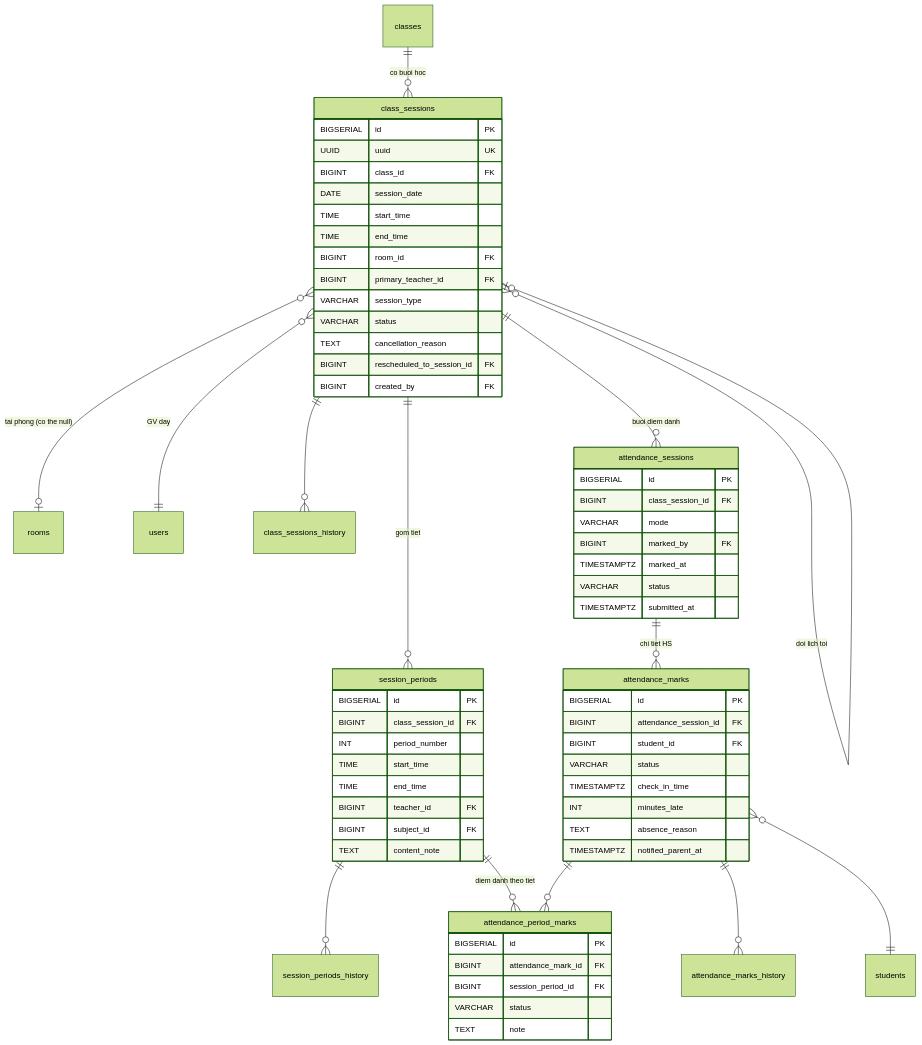
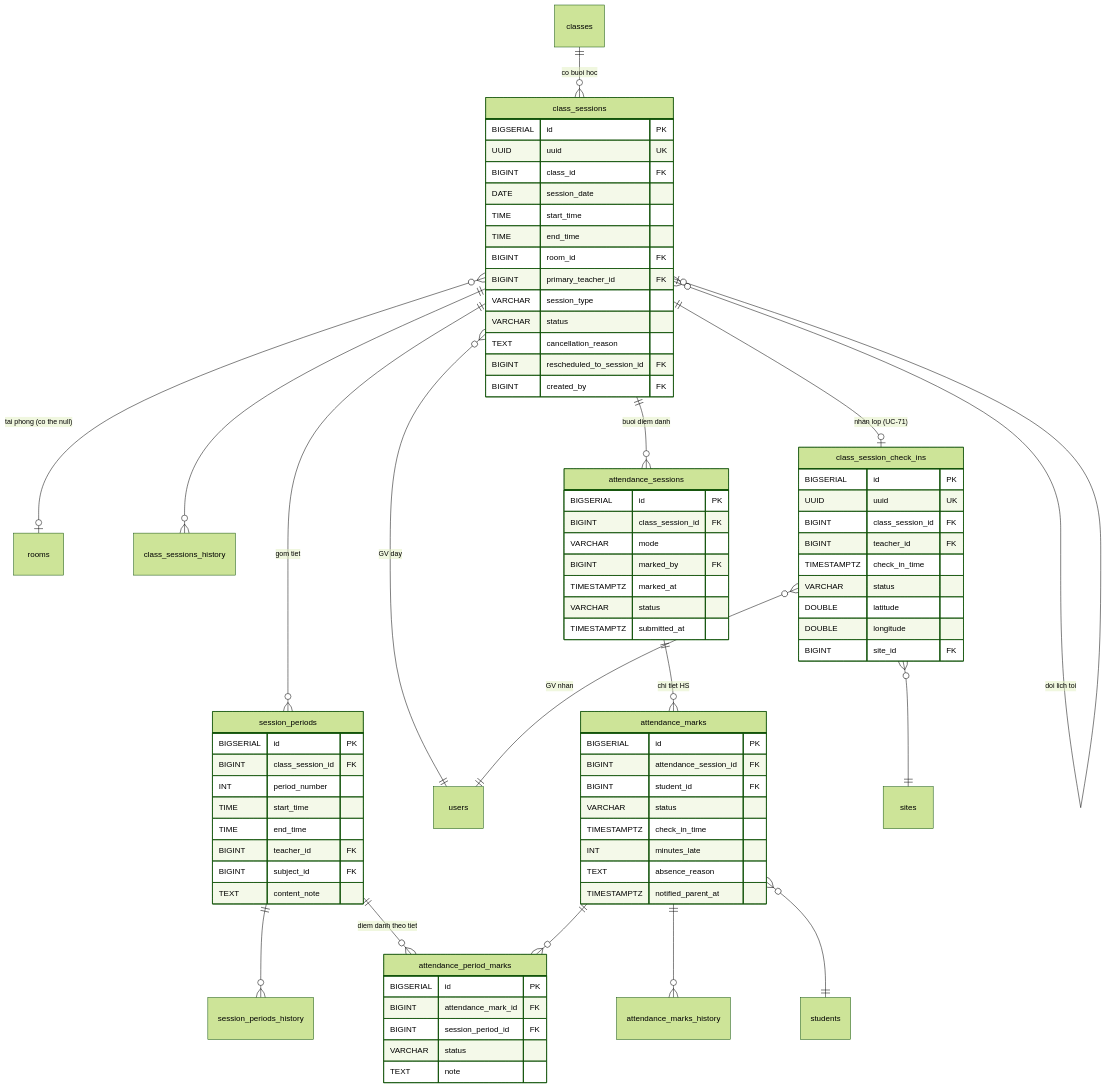
One commit to langtuananh2424/pps-education changed the diagram in docs/diagrams/erd/ERD-Nhom5B-LichDayDiemDanh.mmd. Above: the diagram before and after it, drawn with Mermaid (forest theme). The commit also changed 27 other files, not shown here.

First line of the commit message:
feat(academic,hrm): giao vien nhan lop theo tung buoi day (UC-71)

```diff
--- a/docs/diagrams/erd/ERD-Nhom5B-LichDayDiemDanh.mmd
+++ b/docs/diagrams/erd/ERD-Nhom5B-LichDayDiemDanh.mmd
@@ -1,73 +1,89 @@
 erDiagram
     classes ||--o{ class_sessions : "co buoi hoc"
     class_sessions ||--o{ session_periods : "gom tiet"
     class_sessions }o--o| rooms : "tai phong (co the null)"
     class_sessions }o--|| users : "GV day"
     class_sessions }o--o| class_sessions : "doi lich toi"
     class_sessions ||--o{ class_sessions_history : ""
 
     session_periods ||--o{ session_periods_history : ""
 
     class_sessions ||--o{ attendance_sessions : "buoi diem danh"
     attendance_sessions ||--o{ attendance_marks : "chi tiet HS"
     attendance_marks ||--o{ attendance_marks_history : ""
     attendance_marks }o--|| students : ""
 
     session_periods ||--o{ attendance_period_marks : "diem danh theo tiet"
     attendance_marks ||--o{ attendance_period_marks : ""
+
+    class_sessions ||--o| class_session_check_ins : "nhan lop (UC-71)"
+    class_session_check_ins }o--|| users : "GV nhan"
+    class_session_check_ins }o--|| sites : ""
 
     class_sessions {
         BIGSERIAL id PK
         UUID uuid UK
         BIGINT class_id FK
         DATE session_date
         TIME start_time
         TIME end_time
         BIGINT room_id FK
         BIGINT primary_teacher_id FK
         VARCHAR session_type
         VARCHAR status
         TEXT cancellation_reason
         BIGINT rescheduled_to_session_id FK
         BIGINT created_by FK
     }
 
     session_periods {
         BIGSERIAL id PK
         BIGINT class_session_id FK
         INT period_number
         TIME start_time
         TIME end_time
         BIGINT teacher_id FK
         BIGINT subject_id FK
         TEXT content_note
     }
 
     attendance_sessions {
         BIGSERIAL id PK
         BIGINT class_session_id FK
         VARCHAR mode
         BIGINT marked_by FK
         TIMESTAMPTZ marked_at
         VARCHAR status
         TIMESTAMPTZ submitted_at
     }
 
     attendance_marks {
         BIGSERIAL id PK
         BIGINT attendance_session_id FK
         BIGINT student_id FK
         VARCHAR status
         TIMESTAMPTZ check_in_time
         INT minutes_late
         TEXT absence_reason
         TIMESTAMPTZ notified_parent_at
     }
 
     attendance_period_marks {
         BIGSERIAL id PK
         BIGINT attendance_mark_id FK
         BIGINT session_period_id FK
         VARCHAR status
         TEXT note
     }
+
+    class_session_check_ins {
+        BIGSERIAL id PK
+        UUID uuid UK
+        BIGINT class_session_id FK
+        BIGINT teacher_id FK
+        TIMESTAMPTZ check_in_time
+        VARCHAR status
+        DOUBLE latitude
+        DOUBLE longitude
+        BIGINT site_id FK
+    }
```
